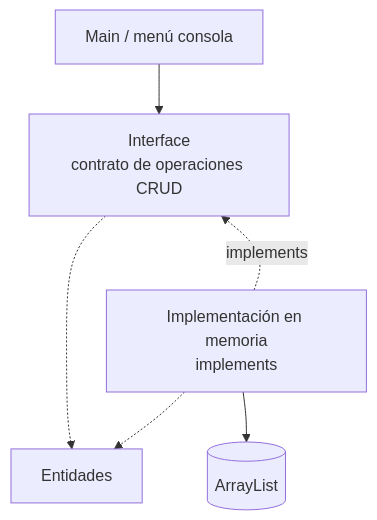
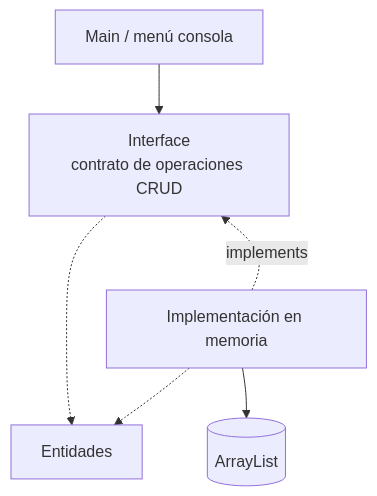
One commit to 262poo/comarket changed the diagram in docs/S05_CRUD_Memoria_ArrayList.md. Above: the diagram before and after it, drawn with Mermaid. The commit also changed 9 other files, not shown here.

````diff
--- a/docs/S05_CRUD_Memoria_ArrayList.md
+++ b/docs/S05_CRUD_Memoria_ArrayList.md
@@ -63,15 +63,15 @@
 ```mermaid
 flowchart TB
     Main["Main / menú consola"]
     Interface["Interface<br/>contrato de operaciones CRUD"]
-    Gestor["Implementación en memoria<br/>implements"]
+    Gestor["Implementación en memoria"]
     Entidades["Entidades"]
     Lista[("ArrayList")]
 
     Main --> Interface
     Interface ~~~ Gestor
     Gestor -. implements .-> Interface
     Interface -.-> Entidades
     Gestor -.-> Entidades
     Gestor --> Lista
 ```
````
